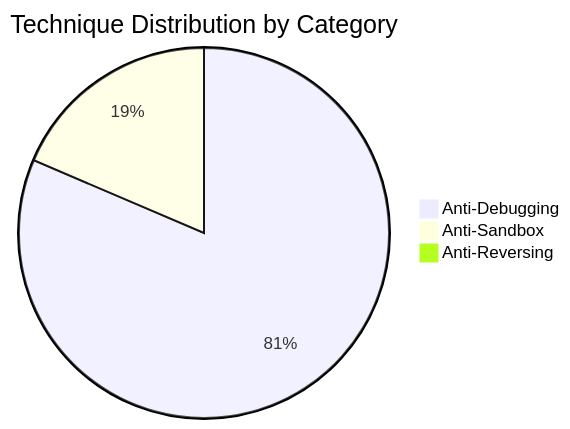
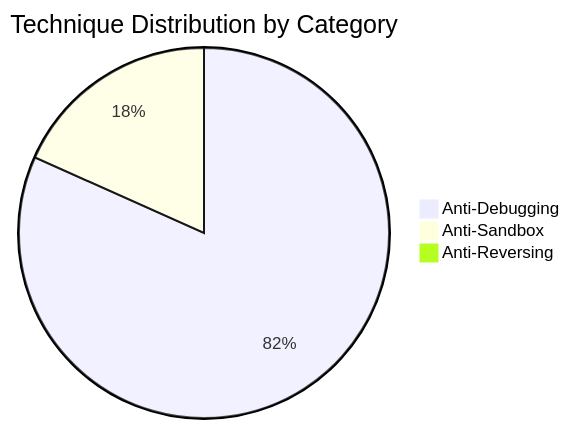
One commit to mabj/anti changed the second of 8 diagrams in docs/diagrams/taxonomy.md. Above: the diagram before and after it, drawn with Mermaid. The commit also changed other lines of this file and 7 other files, not shown here.

Commit message:
Adding new Anti-debugging technique AD058

````diff
--- a/docs/diagrams/taxonomy.md
+++ b/docs/diagrams/taxonomy.md
@@ -34,6 +34,6 @@
 ```mermaid
 pie title Technique Distribution by Category
-    "Anti-Debugging" : 57
+    "Anti-Debugging" : 58
     "Anti-Sandbox" : 13
     "Anti-Reversing" : 0
 ```
````
